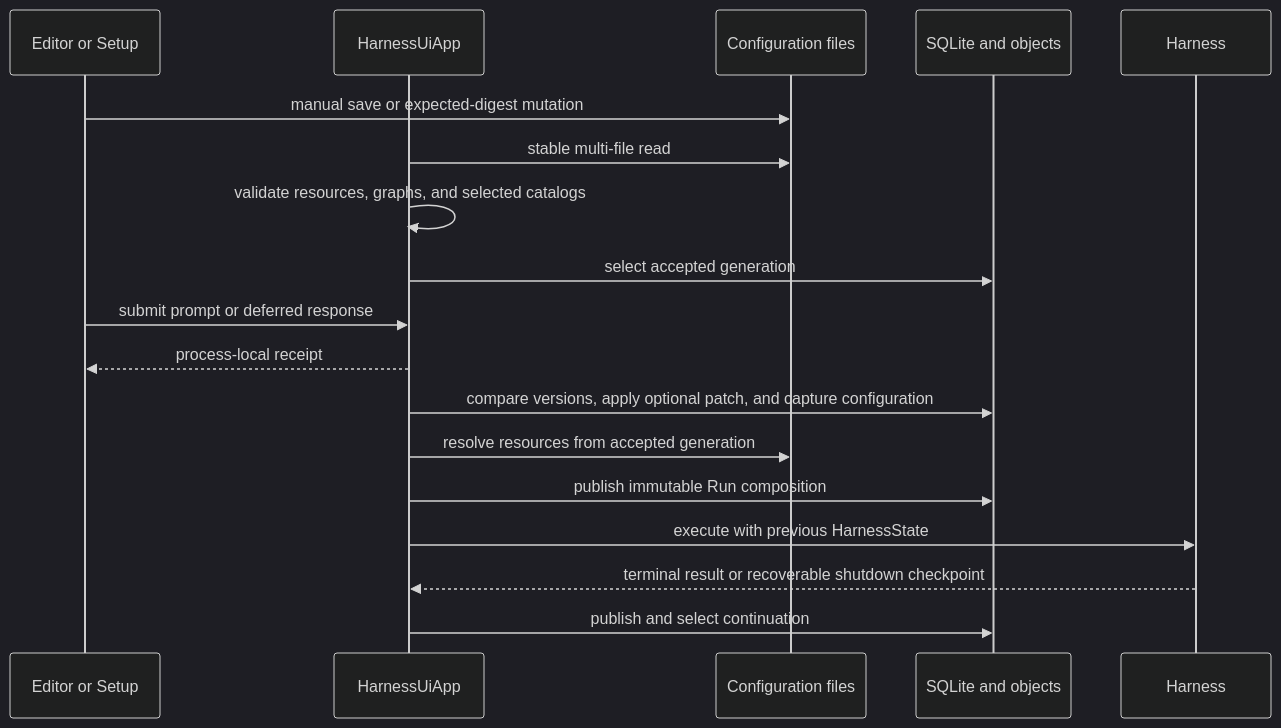
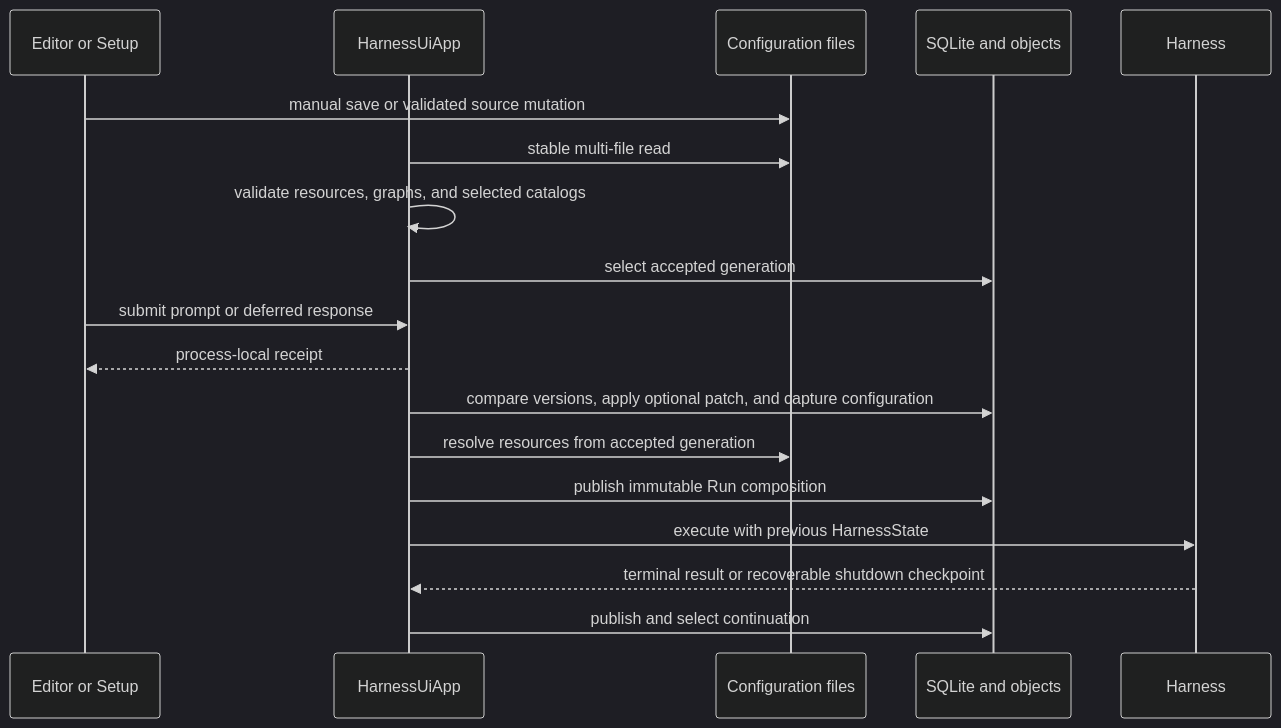
One commit to LTThreeComma/agent-foundation changed the second of 3 diagrams in spec/a13n-harness-ui/00-overview.md. Above: the diagram before and after it, drawn with Mermaid (dark theme). The commit also changed other lines of this file and 46 other files, not shown here.

````diff
--- a/spec/a13n-harness-ui/00-overview.md
+++ b/spec/a13n-harness-ui/00-overview.md
@@ -78,21 +78,21 @@
 ```mermaid
 sequenceDiagram
     participant Editor as Editor or Setup
     participant App as HarnessUiApp
     participant Files as Configuration files
     participant Store as SQLite and objects
     participant Harness
 
-    Editor->>Files: manual save or expected-digest mutation
+    Editor->>Files: manual save or validated source mutation
     App->>Files: stable multi-file read
     App->>App: validate resources, graphs, and selected catalogs
     App->>Store: select accepted generation
     Editor->>App: submit prompt or deferred response
     App-->>Editor: process-local receipt
     App->>Store: compare versions, apply optional patch, and capture configuration
     App->>Files: resolve resources from accepted generation
     App->>Store: publish immutable Run composition
     App->>Harness: execute with previous HarnessState
     Harness-->>App: terminal result or recoverable shutdown checkpoint
     App->>Store: publish and select continuation
 ```
````
